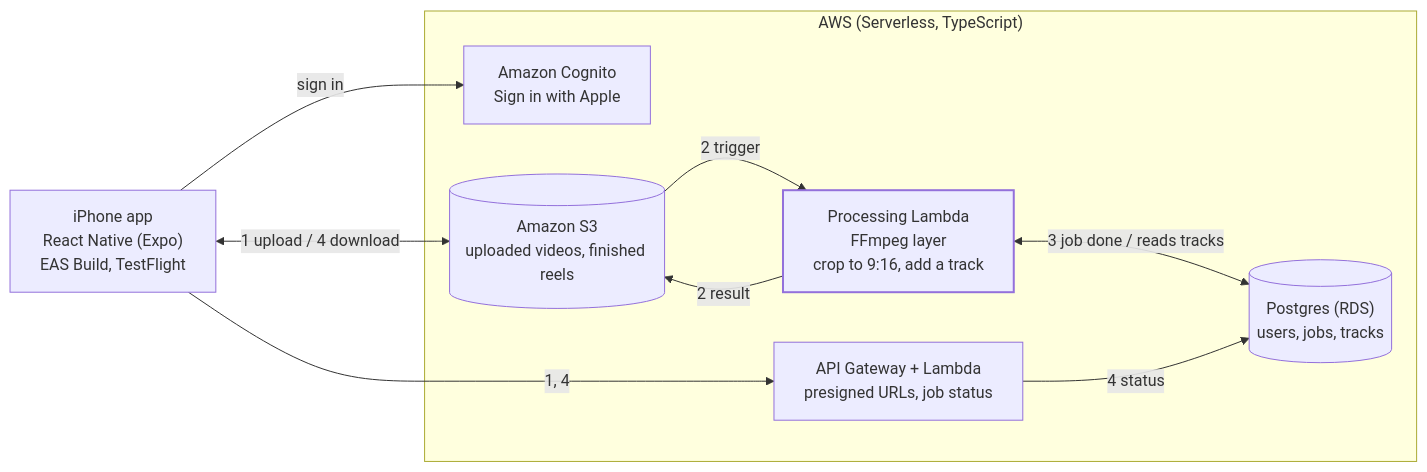
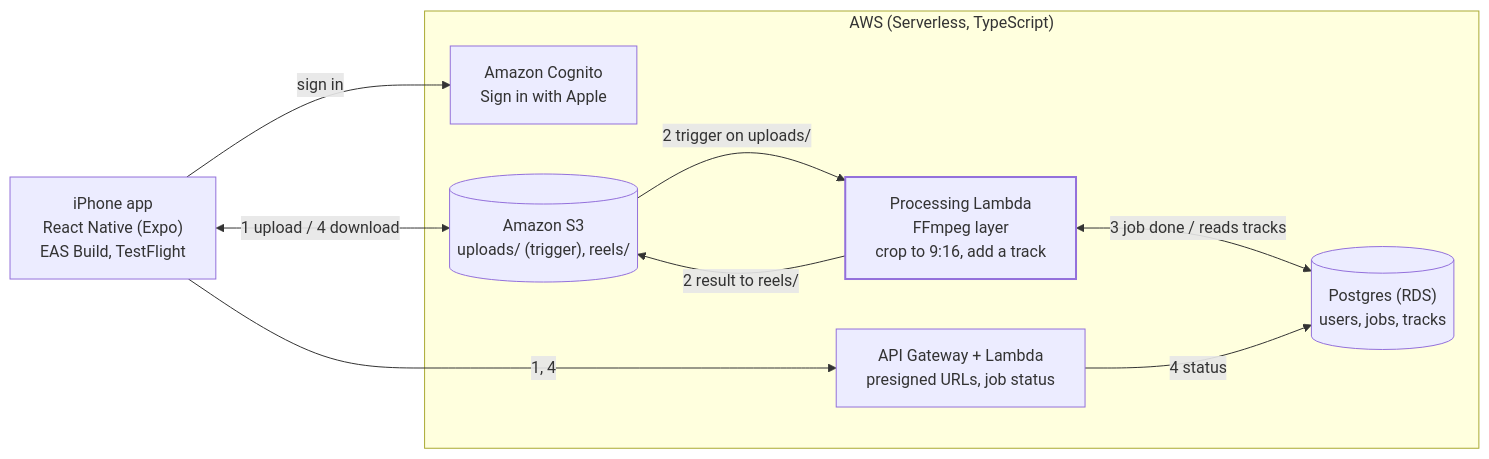
The diagram in docs/architecture.md (carinyperez/natalie-bot), drawn with Mermaid before and after one commit. The commit also changed other lines of this file, not shown here.

First line of the commit message:
Scope the S3 trigger and note VPC and RDS limits

````diff
--- a/docs/architecture.md
+++ b/docs/architecture.md
@@ -5,23 +5,23 @@
 ```mermaid
 flowchart LR
     app["iPhone app<br/>React Native (Expo)<br/>EAS Build, TestFlight"]
 
     subgraph aws["AWS (Serverless, TypeScript)"]
         cognito["Amazon Cognito<br/>Sign in with Apple"]
         api["API Gateway + Lambda<br/>presigned URLs, job status"]
-        s3[("Amazon S3<br/>uploaded videos, finished reels")]
+        s3[("Amazon S3<br/>uploads/ (trigger), reels/")]
         proc["Processing Lambda<br/>FFmpeg layer<br/>crop to 9:16, add a track"]
         db[("Postgres (RDS)<br/>users, jobs, tracks")]
     end
 
     app -->|sign in| cognito
     app -->|"1, 4"| api
     app <-->|"1 upload / 4 download"| s3
-    s3 -->|"2 trigger"| proc
-    proc -->|"2 result"| s3
+    s3 -->|"2 trigger on uploads/"| proc
+    proc -->|"2 result to reels/"| s3
     proc <-->|"3 job done / reads tracks"| db
     api -->|"4 status"| db
 
     classDef main stroke-width:2px
     class proc main
 ```
````
